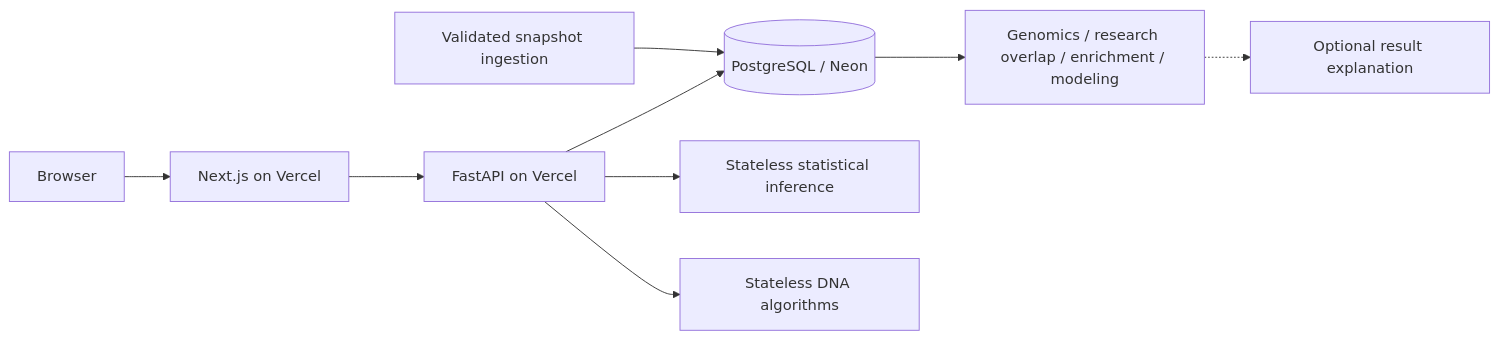
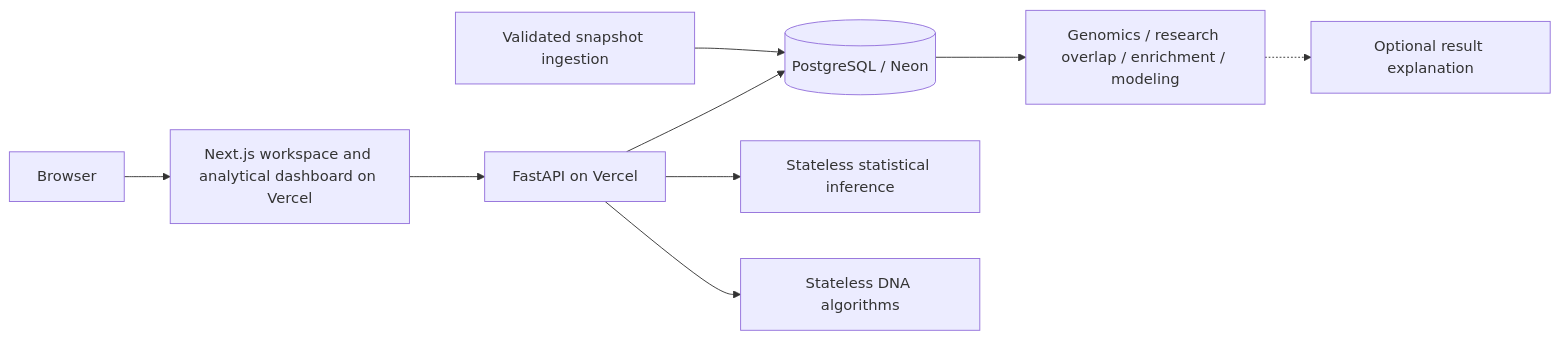
One commit to 292akhil2929-cmyk/pharmagenome changed the diagram in ARCHITECTURE.md. Above: the diagram before and after it, drawn with Mermaid. The commit also changed other lines of this file and 5 other files, not shown here.

````diff
--- a/ARCHITECTURE.md
+++ b/ARCHITECTURE.md
@@ -6,11 +6,11 @@
 ```mermaid
 flowchart LR
-  Browser --> Next[Next.js on Vercel]
+  Browser --> Next[Next.js workspace and analytical dashboard on Vercel]
   Next --> API[FastAPI on Vercel]
   API --> PG[(PostgreSQL / Neon)]
   Import[Validated snapshot ingestion] --> PG
   PG --> Compute[Genomics / research overlap / enrichment / modeling]
   API --> Stats[Stateless statistical inference]
   API --> Sequence[Stateless DNA algorithms]
   Compute -.-> Explain[Optional result explanation]
 ```
````
